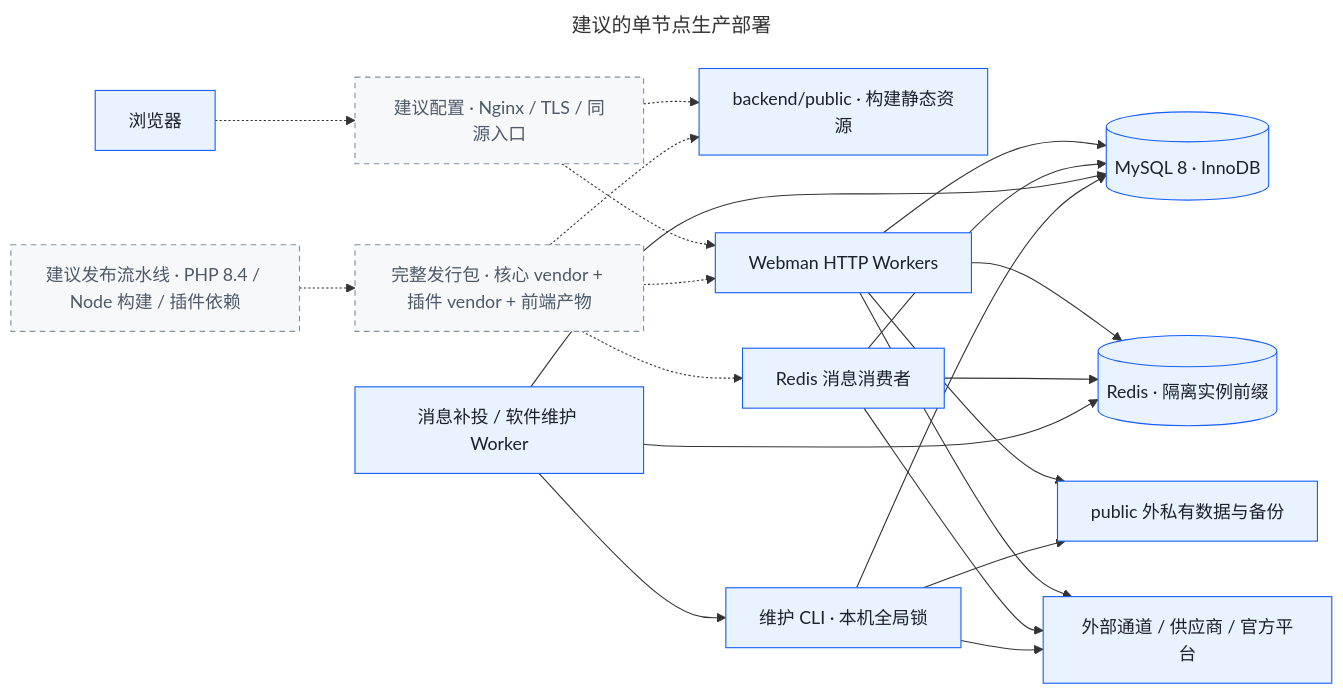
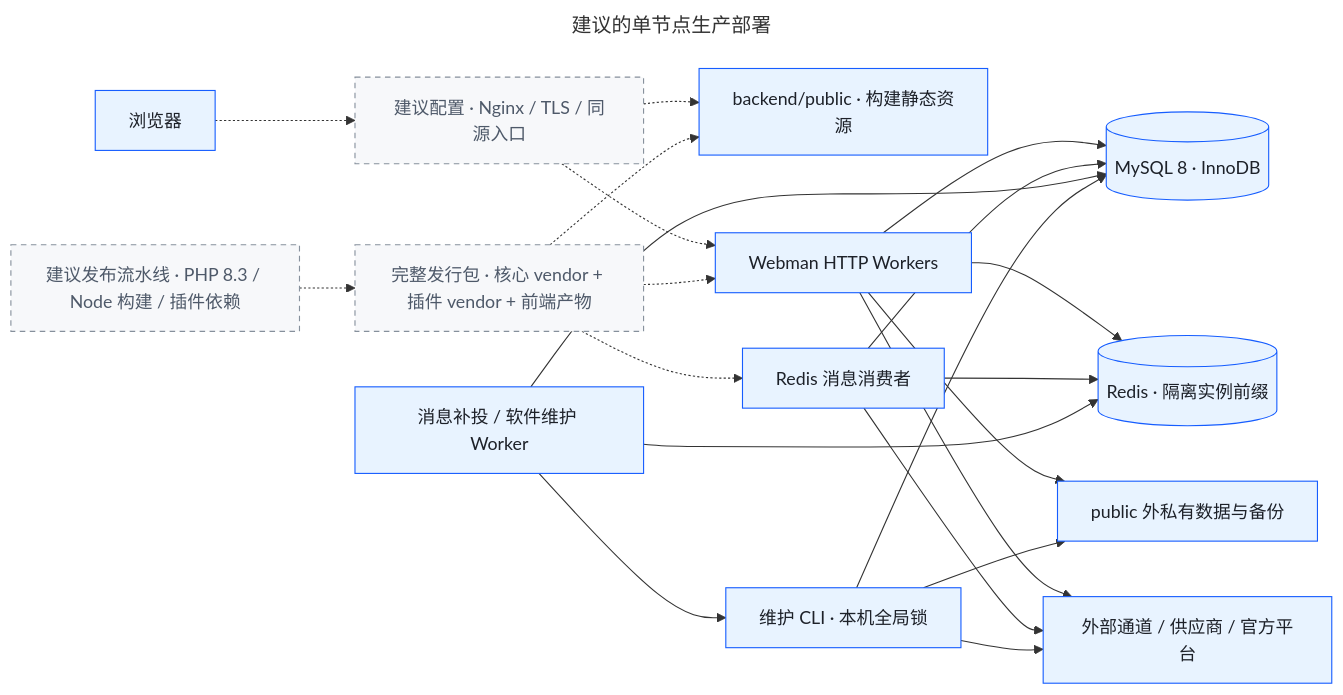
The diagram in docs/architecture/diagrams/deployment-target.mmd (howstack-team/howstack-bos), drawn with Mermaid before and after one commit. The commit also changed 744 other files, not shown here.

```diff
--- a/docs/architecture/diagrams/deployment-target.mmd
+++ b/docs/architecture/diagrams/deployment-target.mmd
@@ -1,41 +1,41 @@
 ---
 title: 建议的单节点生产部署
 ---
 flowchart LR
   users["浏览器"]
   proxy["建议配置 · Nginx / TLS / 同源入口"]
   static["backend/public · 构建静态资源"]
   http["Webman HTTP Workers"]
   queue["Redis 消息消费者"]
   timers["消息补投 / 软件维护 Worker"]
   cli["维护 CLI · 本机全局锁"]
   mysql[("MySQL 8 · InnoDB")]
   redis[("Redis · 隔离实例前缀")]
   private["public 外私有数据与备份"]
   providers["外部通道 / 供应商 / 官方平台"]
-  build["建议发布流水线 · PHP 8.4 / Node 构建 / 插件依赖"]
+  build["建议发布流水线 · PHP 8.3 / Node 构建 / 插件依赖"]
   release["完整发行包 · 核心 vendor + 插件 vendor + 前端产物"]
   users -.-> proxy
   proxy -.-> static
   proxy -.-> http
   http --> mysql
   http --> redis
   http --> private
   http --> providers
   queue --> redis
   queue --> mysql
   queue --> providers
   timers --> mysql
   timers --> redis
   timers --> cli
   cli --> private
   cli --> mysql
   cli --> providers
   build -.-> release
   release -.-> http
   release -.-> static
   release -.-> queue
   classDef normal fill:#e8f3ff,stroke:#165dff,color:#1d2129
   classDef planned fill:#f7f8fa,stroke:#86909c,stroke-dasharray:5 4,color:#4e5969
   class users,static,http,queue,timers,cli,mysql,redis,private,providers normal
   class proxy,build,release planned
```
